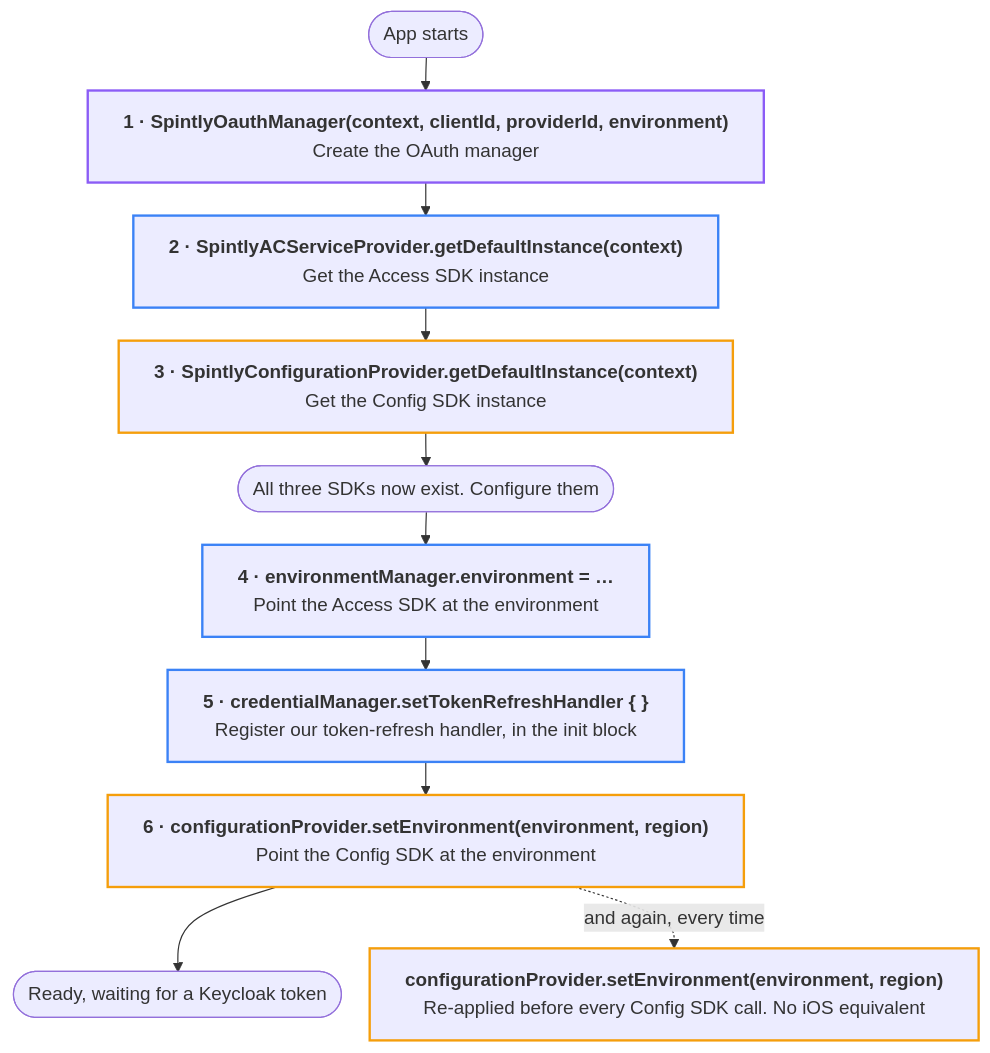
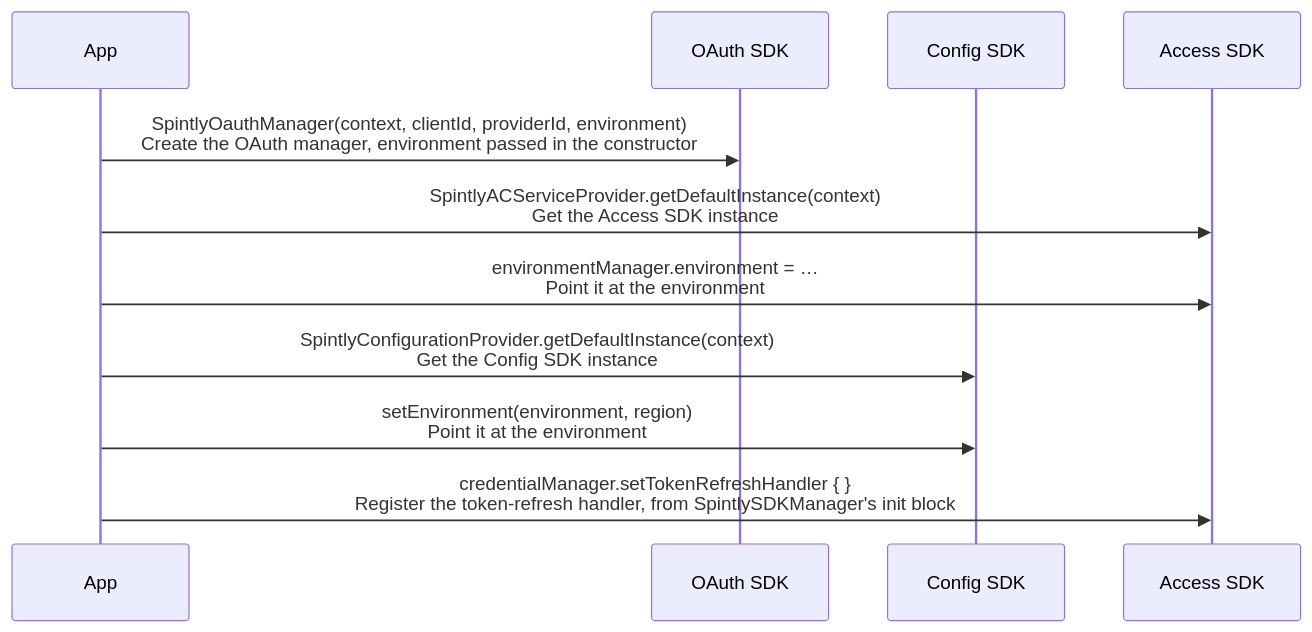
Before and after one commit to Yash-Wadatkar-Binaryveda/sdk-docs-site: the third of 15 diagrams in docs/user-onboarding.md, drawn with Mermaid. The commit also changed other lines of this file and 7 other files, not shown here.

````diff
--- a/docs/user-onboarding.md
+++ b/docs/user-onboarding.md
@@ -76,21 +146,14 @@
     ```mermaid
-    %%{init:{"flowchart":{"wrappingWidth":540,"nodeSpacing":24,"rankSpacing":28}}}%%
-    flowchart TD
-        S(["App starts"]) --> N1
-        N1["<b>1 · SpintlyOauthManager(context, clientId, providerId, environment)</b><br/>Create the OAuth manager"]
-        N1 --> N2["<b>2 · SpintlyACServiceProvider.getDefaultInstance(context)</b><br/>Get the Access SDK instance"]
-        N2 --> N3["<b>3 · SpintlyConfigurationProvider.getDefaultInstance(context)</b><br/>Get the Config SDK instance"]
-        N3 --> M(["All three SDKs now exist. Configure them"])
-        M --> N4["<b>4 · environmentManager.environment = …</b><br/>Point the Access SDK at the environment"]
-        N4 --> N5["<b>5 · credentialManager.setTokenRefreshHandler { }</b><br/>Register our token-refresh handler, in the init block"]
-        N5 --> N6["<b>6 · configurationProvider.setEnvironment(environment, region)</b><br/>Point the Config SDK at the environment"]
-        N6 --> E(["Ready, waiting for a Keycloak token"])
-        N6 -.->|"and again, every time"| R["<b>configurationProvider.setEnvironment(environment, region)</b><br/>Re-applied before every Config SDK call. No iOS equivalent"]
+    sequenceDiagram
+        participant A as App
+        participant O as OAuth SDK
+        participant C as Config SDK
+        participant S as Access SDK
 
-        classDef sdkOauth stroke:#8b5cf6,stroke-width:2px
-        classDef sdkAccess stroke:#3b82f6,stroke-width:2px
-        classDef sdkConfig stroke:#f59e0b,stroke-width:2px
-        class N1 sdkOauth
-        class N2,N4,N5 sdkAccess
-        class N3,N6,R sdkConfig
+        A->>O: SpintlyOauthManager(context, clientId, providerId, environment)<br/>Create the OAuth manager, environment passed in the constructor
+        A->>S: SpintlyACServiceProvider.getDefaultInstance(context)<br/>Get the Access SDK instance
+        A->>S: environmentManager.environment = …<br/>Point it at the environment
+        A->>C: SpintlyConfigurationProvider.getDefaultInstance(context)<br/>Get the Config SDK instance
+        A->>C: setEnvironment(environment, region)<br/>Point it at the environment
+        A->>S: credentialManager.setTokenRefreshHandler { }<br/>Register the token-refresh handler, from SpintlySDKManager's init block
     ```
````
